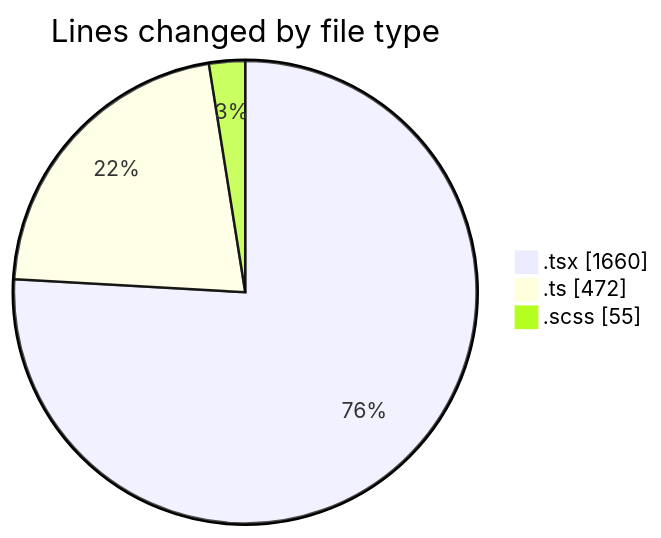
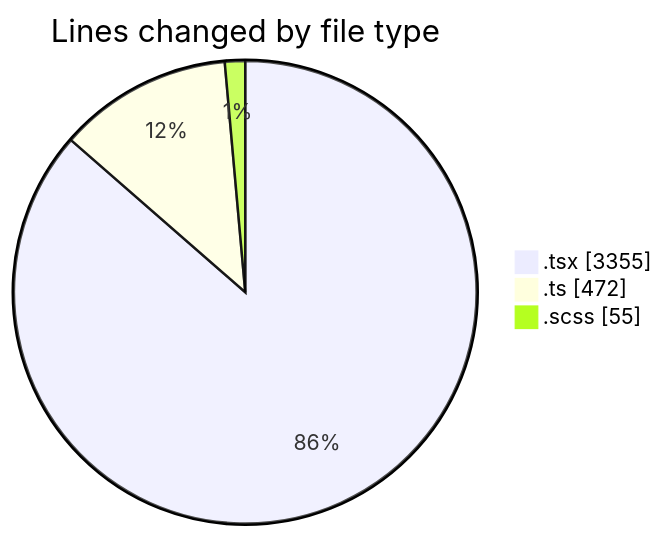
Before and after one commit to momahboobian/code-tracking: the first of 2 diagrams in 2025-10-07/cda/README.md, drawn with Mermaid. The commit also changed other lines of this file and 1 other file, not shown here.

````diff
--- a/2025-10-07/cda/README.md
+++ b/2025-10-07/cda/README.md
@@ -28,7 +28,7 @@
 ```mermaid
 pie showData
 title Lines changed by file type
-".tsx" : 1660
+".tsx" : 3355
 ".ts" : 472
 ".scss" : 55
 ```
````
